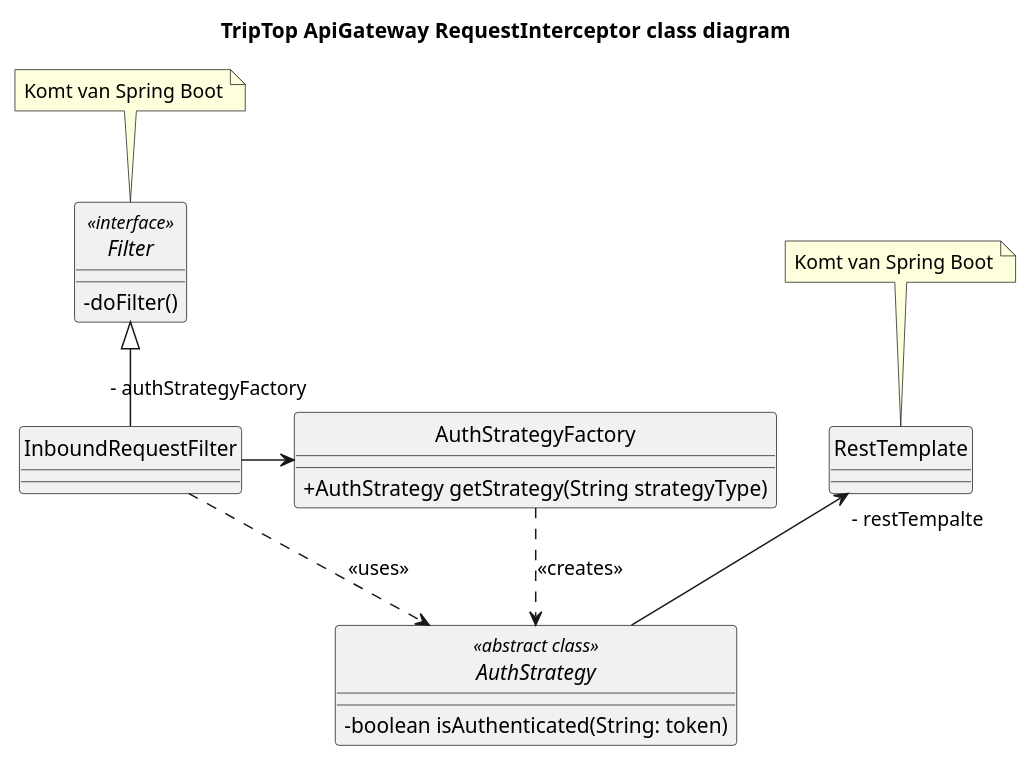
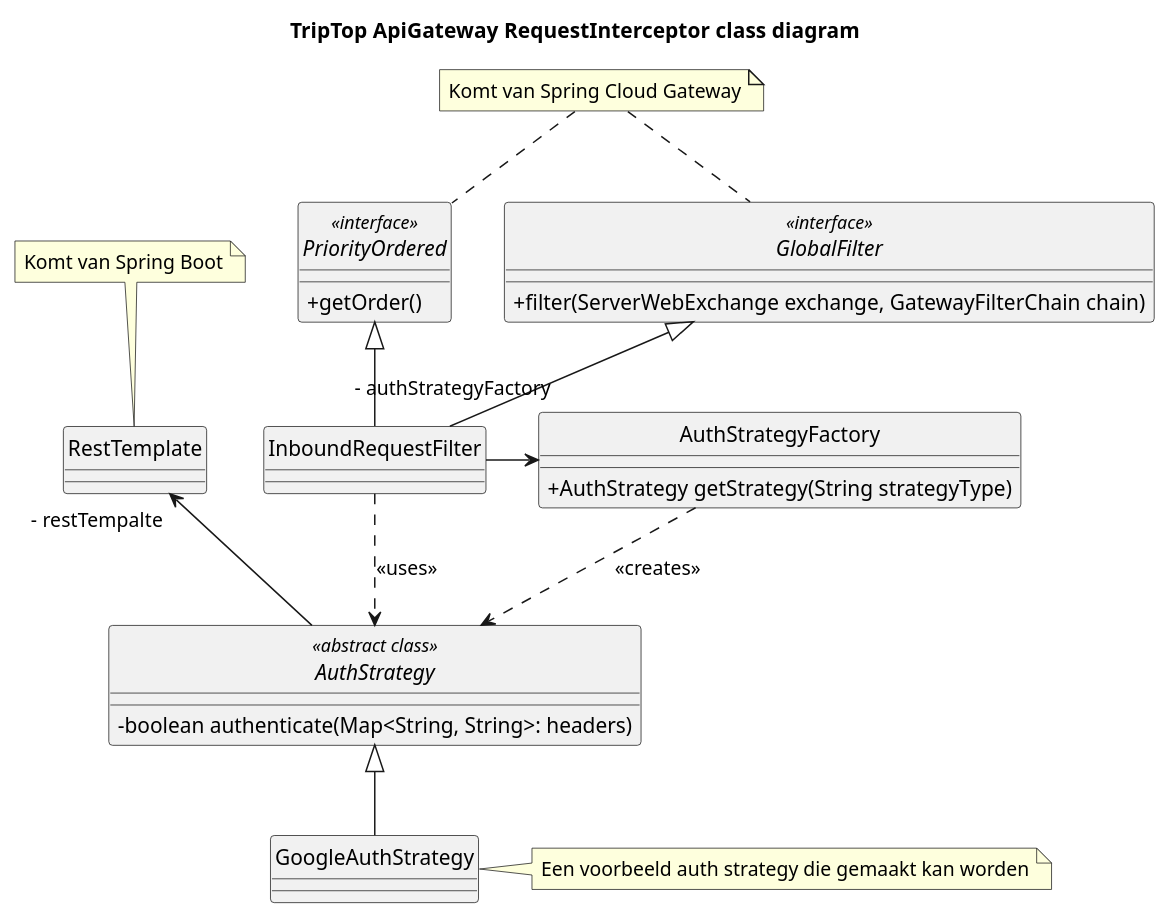
The diagram in individueel/diagram/class/Simon-TripTopClassDiagram.puml (AIM-ENE-feb25/triptop-groep-1-met-third-wheel), drawn with PlantUML before and after one commit. The commit also changed 1 other file, not shown here.

Commit message:
Update class diagram

```diff
--- a/individueel/diagram/class/Simon-TripTopClassDiagram.puml
+++ b/individueel/diagram/class/Simon-TripTopClassDiagram.puml
@@ -1,42 +1,54 @@
 @startuml
 
 hide circle
 skinparam classAttributeIconSize 0
 
 title TripTop ApiGateway RequestInterceptor class diagram
 
-interface Filter <<interface>> {
-    - doFilter()
+interface GlobalFilter <<interface>> {
+    + filter(ServerWebExchange exchange, GatewayFilterChain chain)
 }
-note "Komt van Spring Boot" as filterNote
+note "Komt van Spring Cloud Gateway" as filterNote
 
-filterNote .. Filter
+filterNote .. GlobalFilter
+
+interface PriorityOrdered <<interface>> {
+    + getOrder()
+}
+
+filterNote .. PriorityOrdered
 
 class InboundRequestFilter {
 }
 
 class RestTemplate{
 }
 
 note "Komt van Spring Boot" as restTemplateNote
 restTemplateNote .. RestTemplate
 
 class AuthStrategyFactory {
     + AuthStrategy getStrategy(String strategyType)
 }
 
 abstract class AuthStrategy <<abstract class>> {
-    - boolean isAuthenticated(String: token)
+    - boolean authenticate(Map<String, String>: headers)
 }
 
-InboundRequestFilter -up-^ Filter
-InboundRequestFilter -right-> "- authStrategyFactory" AuthStrategyFactory
+class GoogleAuthStrategy {}
+note "Een voorbeeld auth strategy die gemaakt kan worden" as googleAuthStrategyNote
+googleAuthStrategyNote ..left GoogleAuthStrategy
+
+InboundRequestFilter -up-^ GlobalFilter
+InboundRequestFilter -up-^ PriorityOrdered
+InboundRequestFilter --right> "- authStrategyFactory" AuthStrategyFactory
 
 AuthStrategyFactory ..> AuthStrategy : <<creates>>
 InboundRequestFilter ..> AuthStrategy : <<uses>>
 
+AuthStrategy --up> "- restTempalte" RestTemplate
 
-AuthStrategy -up-> "- restTempalte" RestTemplate
+GoogleAuthStrategy -up-^ AuthStrategy
 
 
 @enduml
```
